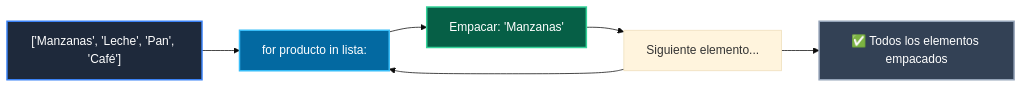
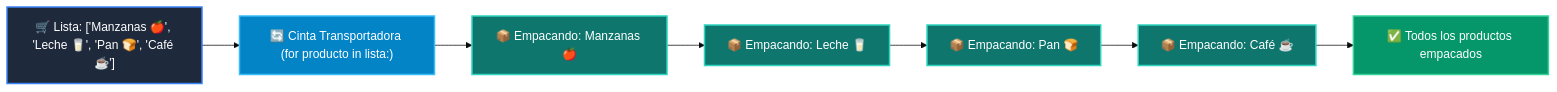
The diagram in 01-fundamentos-python/clase-01-panorama-general/ejemplos/ejemplo_04_for_la_cinta_transportadora/README.md (wisrovi/wisrovi-python), drawn with Mermaid (base theme) before and after one commit. The commit also changed other lines of this file and 54 other files, not shown here.

Commit message:
refactor: clean repository root by moving maintenance scripts to scripts/ and restore rich high-contrast Mermaid diagrams for all classes and examples

````diff
--- a/01-fundamentos-python/clase-01-panorama-general/ejemplos/ejemplo_04_for_la_cinta_transportadora/README.md
+++ b/01-fundamentos-python/clase-01-panorama-general/ejemplos/ejemplo_04_for_la_cinta_transportadora/README.md
@@ -12,13 +12,17 @@
 ```mermaid
 flowchart LR
-    LST["['Manzanas', 'Leche', 'Pan', 'Café']"] --> FOR["for producto in lista:"]
-    FOR --> PKG["Empacar: 'Manzanas'"]
-    PKG --> NEXT["Siguiente elemento..."]
-    NEXT --> FOR
-    NEXT --> DONE["✅ Todos los elementos empacados"]
+    LST["🛒 Lista: ['Manzanas 🍎', 'Leche 🥛', 'Pan 🍞', 'Café ☕']"] --> CINTA["🔄 Cinta Transportadora (for producto in lista:)"]
+    CINTA --> PACK1["📦 Empacando: Manzanas 🍎"]
+    PACK1 --> PACK2["📦 Empacando: Leche 🥛"]
+    PACK2 --> PACK3["📦 Empacando: Pan 🍞"]
+    PACK3 --> PACK4["📦 Empacando: Café ☕"]
+    PACK4 --> DONE["✅ Todos los productos empacados"]
 
-    style LST fill:#1e293b,color:#fff,stroke:#3b82f6,stroke-width:2px
-    style FOR fill:#0369a1,color:#fff,stroke:#38bdf8,stroke-width:2px
-    style PKG fill:#065f46,color:#fff,stroke:#34d399,stroke-width:2px
-    style DONE fill:#334155,color:#fff,stroke:#94a3b8,stroke-width:2px
+    style LST fill:#1e293b,color:#ffffff,stroke:#3b82f6,stroke-width:2px
+    style CINTA fill:#0284c7,color:#ffffff,stroke:#38bdf8,stroke-width:2px
+    style PACK1 fill:#0f766e,color:#ffffff,stroke:#2dd4bf,stroke-width:2px
+    style PACK2 fill:#0f766e,color:#ffffff,stroke:#2dd4bf,stroke-width:2px
+    style PACK3 fill:#0f766e,color:#ffffff,stroke:#2dd4bf,stroke-width:2px
+    style PACK4 fill:#0f766e,color:#ffffff,stroke:#2dd4bf,stroke-width:2px
+    style DONE fill:#059669,color:#ffffff,stroke:#34d399,stroke-width:2px
 ```
````
